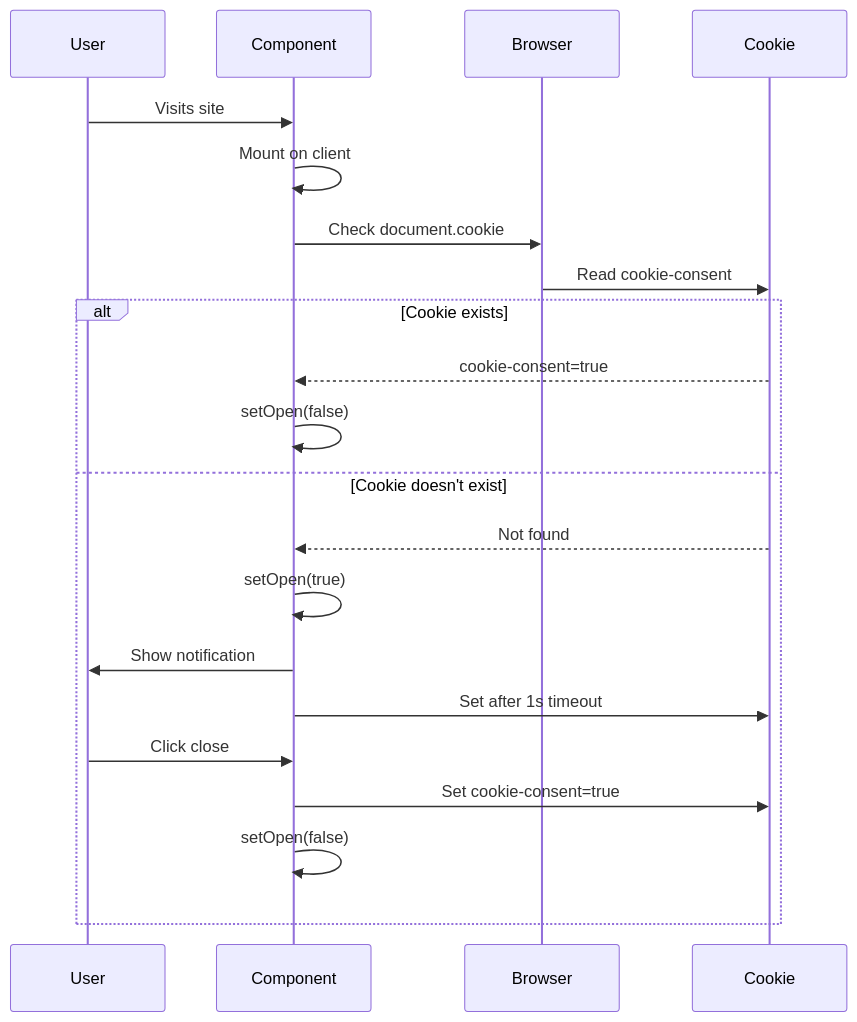
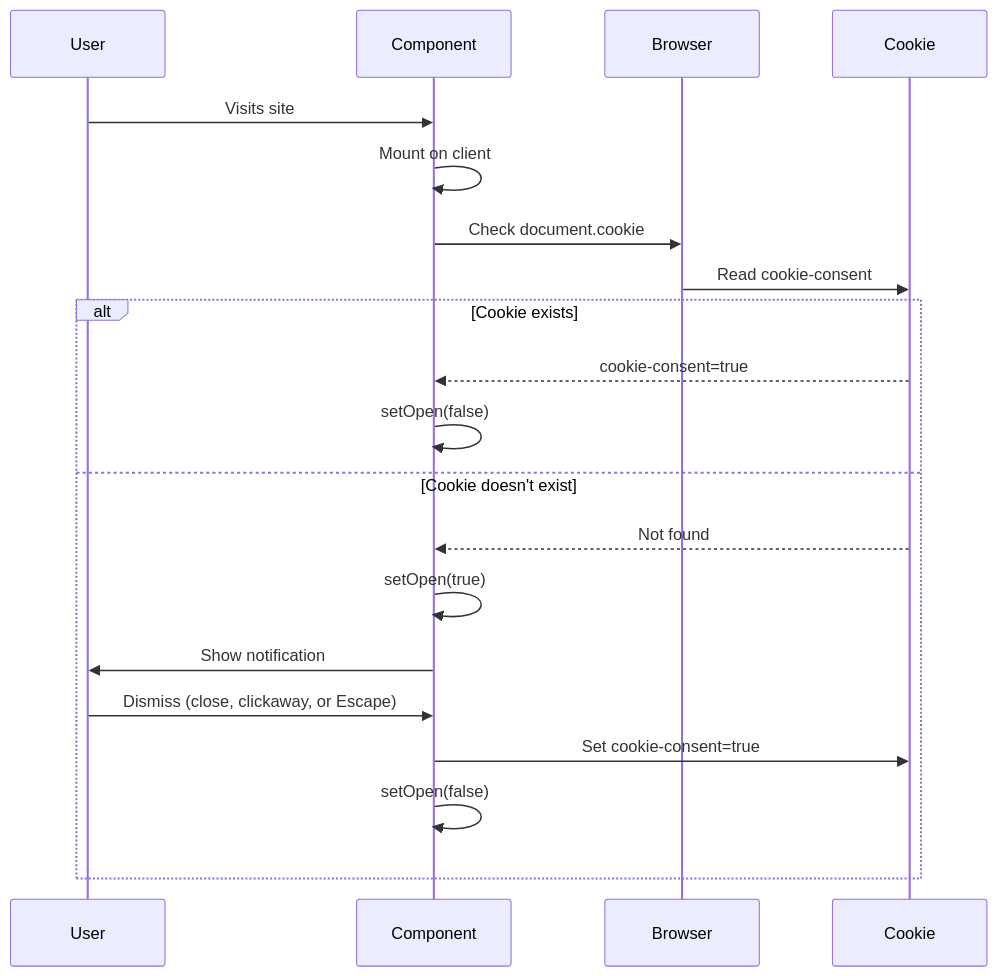
One commit to AlexJSully/AlexJSully-Portfolio changed the second of 2 diagrams in docs/architecture/components/cookie-snackbar.md. Above: the diagram before and after it, drawn with Mermaid. The commit also changed other lines of this file and 42 other files, not shown here.

````diff
--- a/docs/architecture/components/cookie-snackbar.md
+++ b/docs/architecture/components/cookie-snackbar.md
@@ -72,28 +66,27 @@
 ```mermaid
 sequenceDiagram
     accTitle: Cookie Consent Component Sequence
-    accDescr: When user visits site, component mounts on client and checks document cookie. If cookie exists, notification is hidden. If not, it shows notification and sets cookie after 1 second, or user can click close
+    accDescr: When user visits site, component mounts on client and checks for existing consent. If consent exists, notification is hidden. If not, it shows the notification, and the cookie is set when the user dismisses it (close button, clicking away, or Escape)
     participant User
     participant Component
     participant Browser
     participant Cookie
 
     User->>Component: Visits site
     Component->>Component: Mount on client
     Component->>Browser: Check document.cookie
     Browser->>Cookie: Read cookie-consent
 
     alt Cookie exists
         Cookie-->>Component: cookie-consent=true
         Component->>Component: setOpen(false)
     else Cookie doesn't exist
         Cookie-->>Component: Not found
         Component->>Component: setOpen(true)
         Component->>User: Show notification
-        Component->>Cookie: Set after 1s timeout
 
-        User->>Component: Click close
+        User->>Component: Dismiss (close, clickaway, or Escape)
         Component->>Cookie: Set cookie-consent=true
         Component->>Component: setOpen(false)
     end
 ```
````
